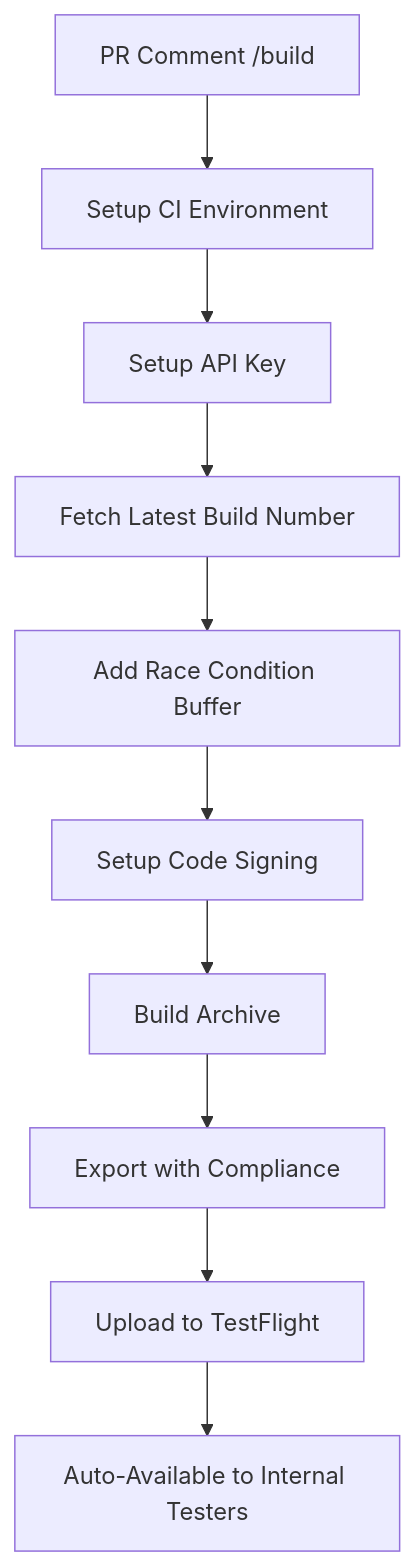
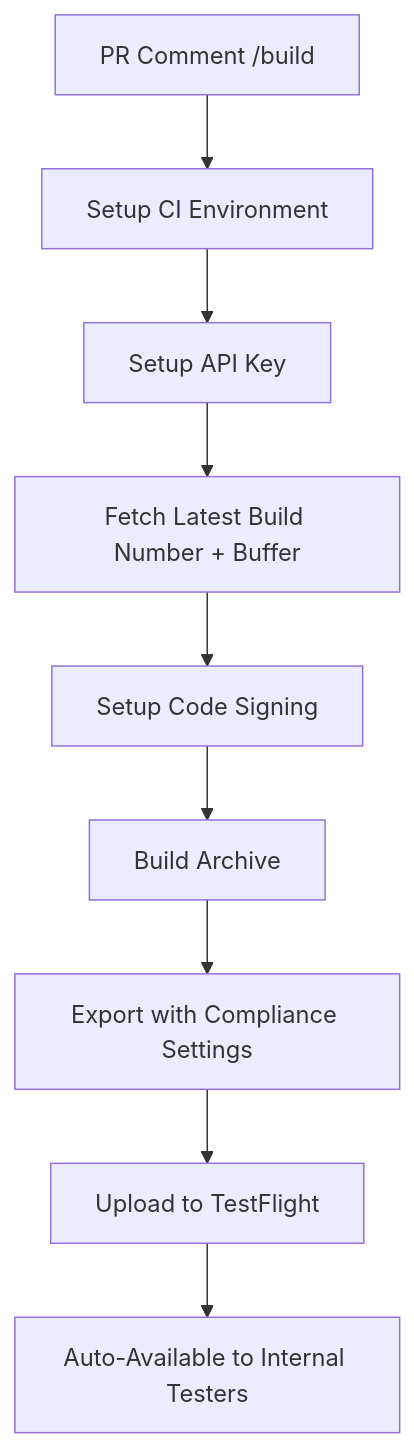
The diagram in README.md (othmansh0/CD-starter-project), drawn with Mermaid before and after one commit. The commit also changed other lines of this file, not shown here.

````diff
--- a/README.md
+++ b/README.md
@@ -136,12 +127,11 @@
 ```mermaid
 graph TD
     A[PR Comment /build] --> B[Setup CI Environment]
     B --> C[Setup API Key]
-    C --> D[Fetch Latest Build Number]
-    D --> E[Add Race Condition Buffer]
-    E --> F[Setup Code Signing]
-    F --> G[Build Archive]
-    G --> H[Export with Compliance]
-    H --> I[Upload to TestFlight]
-    I --> J[Auto-Available to Internal Testers]
+    C --> D[Fetch Latest Build Number + Buffer]
+    D --> E[Setup Code Signing]
+    E --> F[Build Archive]
+    F --> G[Export with Compliance Settings]
+    G --> H[Upload to TestFlight]
+    H --> I[Auto-Available to Internal Testers]
 ```
````
